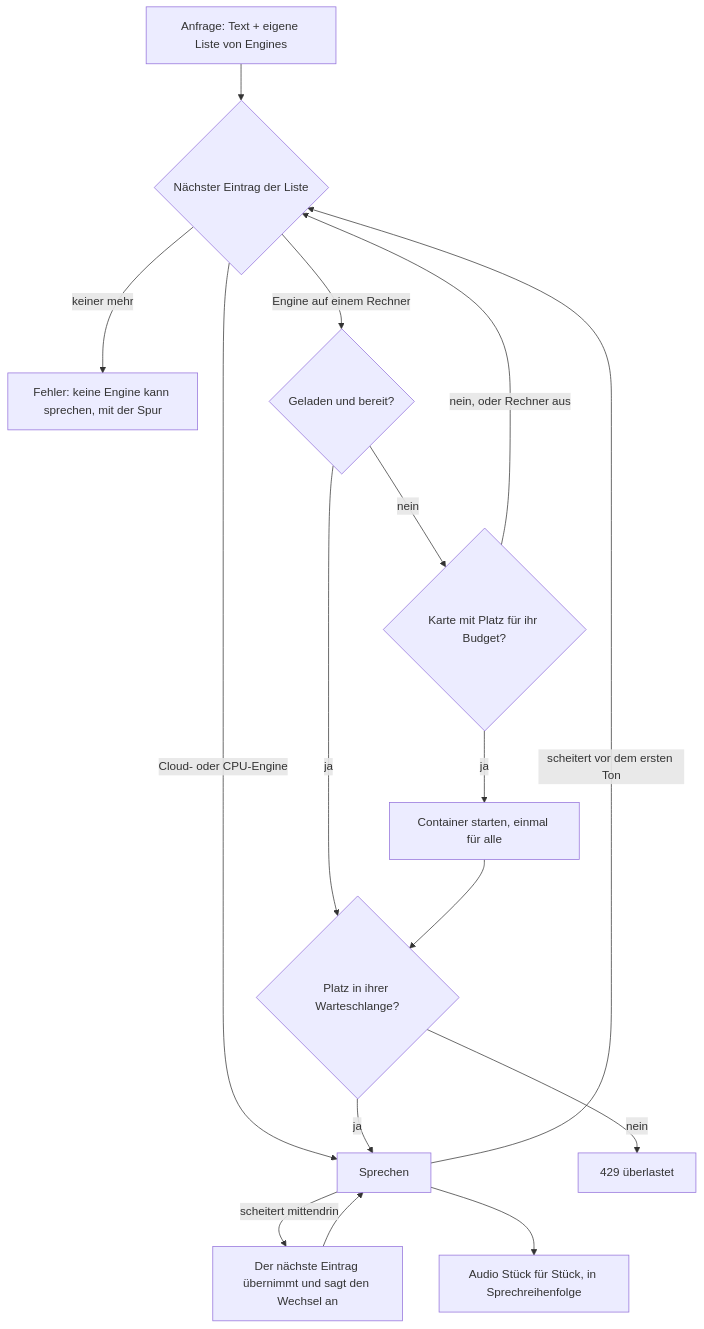
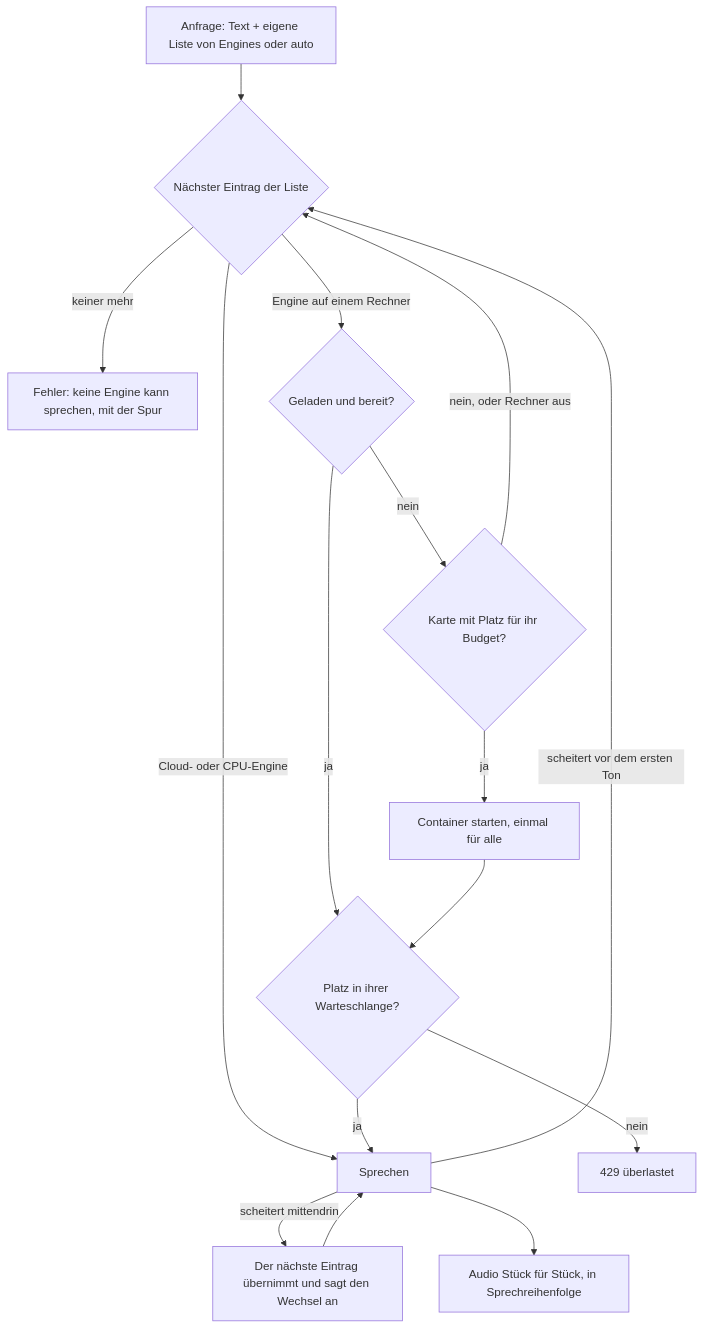
The diagram in README.de.md (Peuqui/TTS-Suite), drawn with Mermaid before and after one commit. The commit also changed other lines of this file and 16 other files, not shown here.

First line of the commit message:
feat(auto): Anfrage kann "auto" sagen, Automatik-Liste im Dienst

````diff
--- a/README.de.md
+++ b/README.de.md
@@ -92,16 +93,16 @@
 ```mermaid
 flowchart TD
-    R[Anfrage: Text + eigene Liste von Engines] --> C{Nächster Eintrag der Liste}
+    R[Anfrage: Text + eigene Liste von Engines oder auto] --> C{Nächster Eintrag der Liste}
     C -->|keiner mehr| E[Fehler: keine Engine kann sprechen, mit der Spur]
     C -->|Cloud- oder CPU-Engine| S[Sprechen]
     C -->|Engine auf einem Rechner| L{Geladen und bereit?}
     L -->|ja| Q{Platz in ihrer Warteschlange?}
     L -->|nein| P{Karte mit Platz für ihr Budget?}
     P -->|ja| T[Container starten, einmal für alle] --> Q
     P -->|nein, oder Rechner aus| C
     Q -->|ja| S
     Q -->|nein| O[429 überlastet]
     S -->|scheitert vor dem ersten Ton| C
     S -->|scheitert mittendrin| N[Der nächste Eintrag übernimmt und sagt den Wechsel an] --> S
     S --> D[Audio Stück für Stück, in Sprechreihenfolge]
 ```
````
